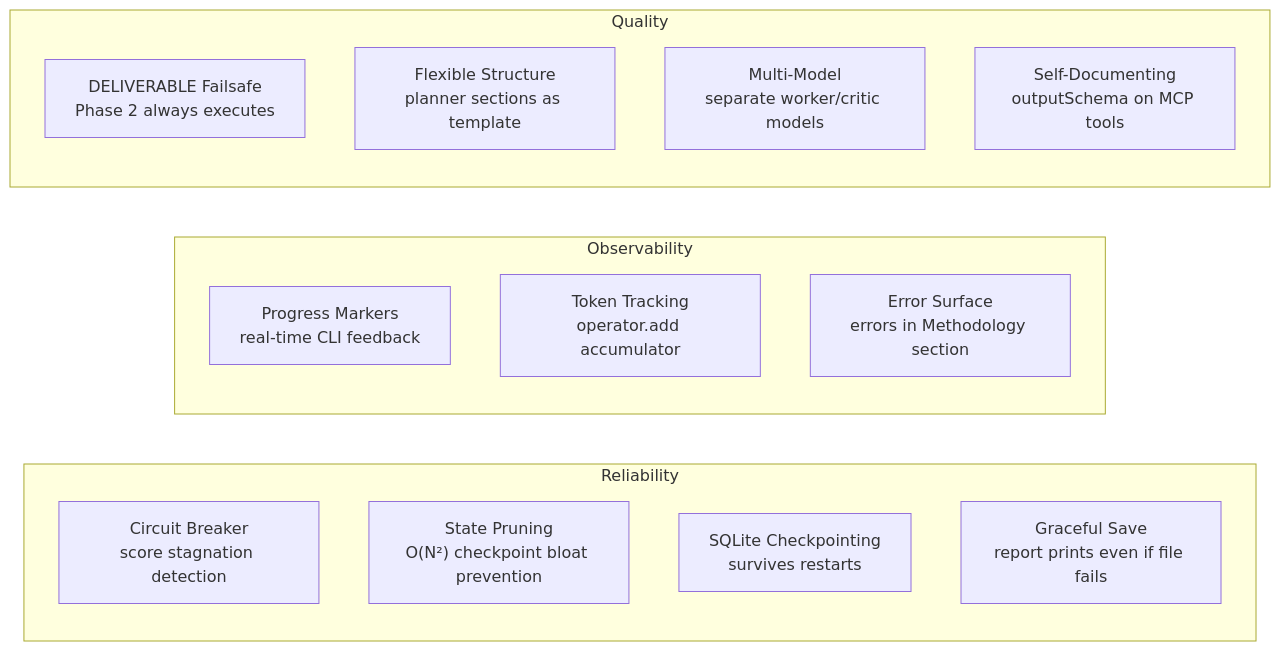
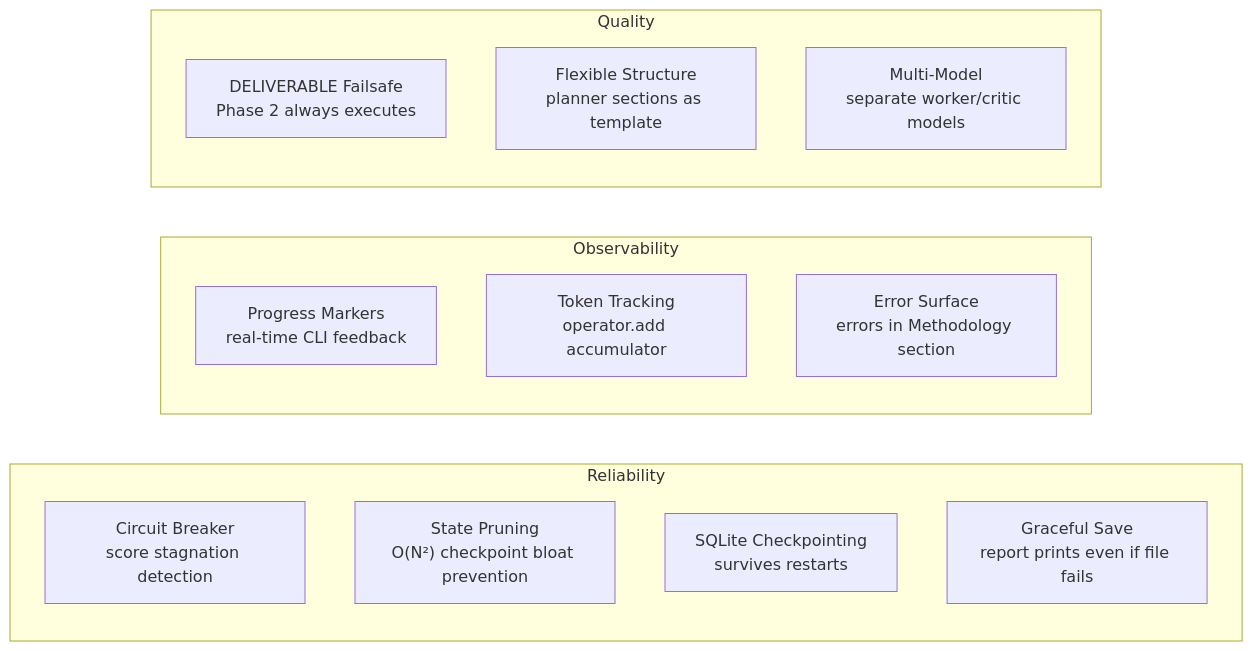
Before and after one commit to jorgevillamizarco/deep-research-langgraph: the ninth of 9 diagrams in ARCHITECTURE.md, drawn with Mermaid. The commit also changed other lines of this file and 2 other files, not shown here.

First line of the commit message:
docs: revert outputSchema references — Hermes enforces it on results

````diff
--- a/ARCHITECTURE.md
+++ b/ARCHITECTURE.md
@@ -265,20 +265,19 @@
 ```mermaid
 flowchart LR
     subgraph Reliability["Reliability"]
         CB["Circuit Breaker<br/>score stagnation detection"]
         SP["State Pruning<br/>O(N²) checkpoint bloat prevention"]
         CP["SQLite Checkpointing<br/>survives restarts"]
         GS["Graceful Save<br/>report prints even if file fails"]
     end
     subgraph Observability["Observability"]
         PM["Progress Markers<br/>real-time CLI feedback"]
         TK["Token Tracking<br/>operator.add accumulator"]
         ES["Error Surface<br/>errors in Methodology section"]
     end
     subgraph Quality["Quality"]
         DF["DELIVERABLE Failsafe<br/>Phase 2 always executes"]
         FS["Flexible Structure<br/>planner sections as template"]
         MM["Multi-Model<br/>separate worker/critic models"]
-        SD["Self-Documenting<br/>outputSchema on MCP tools"]
     end
 ```
````
